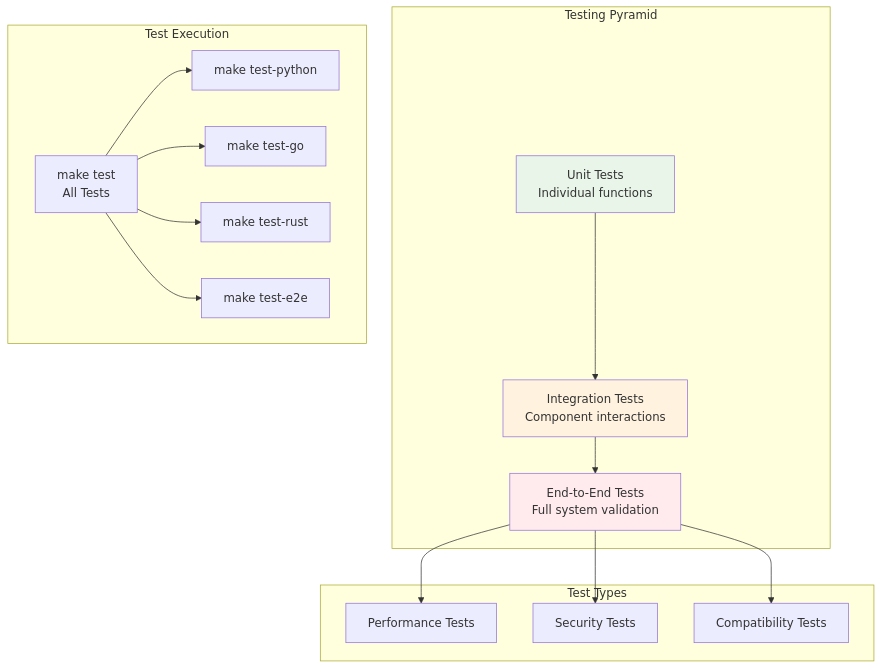
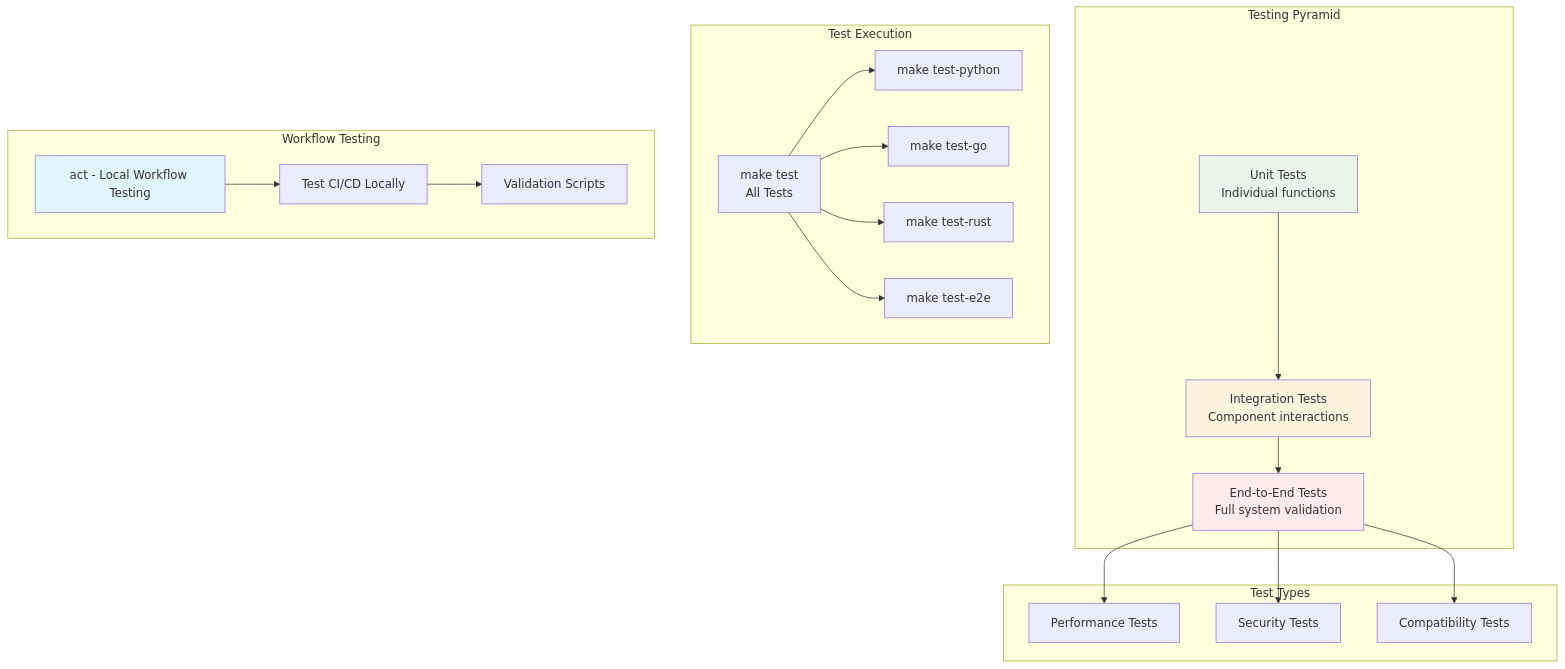
The fourth of 4 diagrams in docs/development/index.md (the78mole/jumpstarter-mono), drawn with Mermaid before and after one commit. The commit also changed other lines of this file and 460 other files, not shown here.

````diff
--- a/docs/development/index.md
+++ b/docs/development/index.md
@@ -194,38 +204,48 @@
 ```mermaid
 graph TB
     subgraph "Testing Pyramid"
         E2E[End-to-End Tests<br/>Full system validation]
         INT[Integration Tests<br/>Component interactions]
         UNIT[Unit Tests<br/>Individual functions]
     end
-    
+
     subgraph "Test Execution"
         ALL[make test<br/>All Tests]
         LANG_PY[make test-python]
         LANG_GO[make test-go]
         LANG_RUST[make test-rust]
         E2E_ONLY[make test-e2e]
     end
-    
+
+    subgraph "Workflow Testing"
+        ACT[act - Local Workflow Testing]
+        CI_LOCAL[Test CI/CD Locally]
+        VALIDATE[Validation Scripts]
+    end
+
     subgraph "Test Types"
         PERF[Performance Tests]
         SEC[Security Tests]
         COMPAT[Compatibility Tests]
     end
-    
+
     UNIT --> INT
     INT --> E2E
-    
+
     ALL --> LANG_PY
     ALL --> LANG_GO
     ALL --> LANG_RUST
     ALL --> E2E_ONLY
-    
+
     E2E --> PERF
     E2E --> SEC
     E2E --> COMPAT
-    
+
+    ACT --> CI_LOCAL
+    CI_LOCAL --> VALIDATE
+
     style E2E fill:#ffebee
     style INT fill:#fff3e0
     style UNIT fill:#e8f5e8
+    style ACT fill:#e1f5fe
 ```
````
